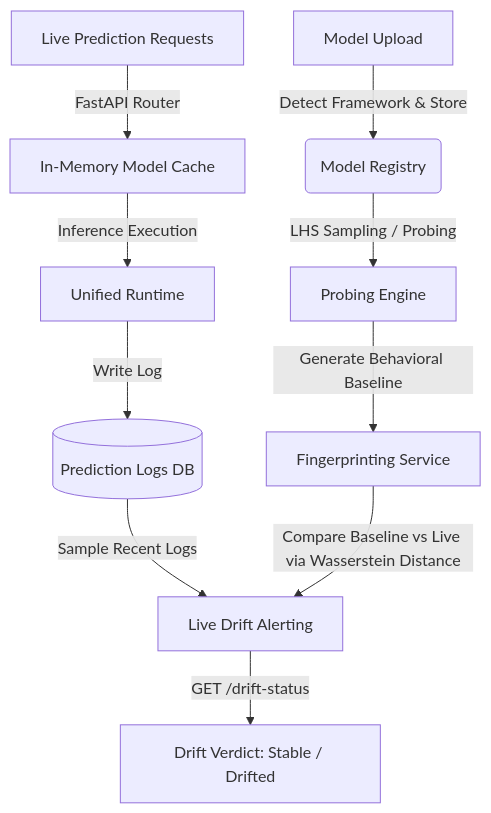
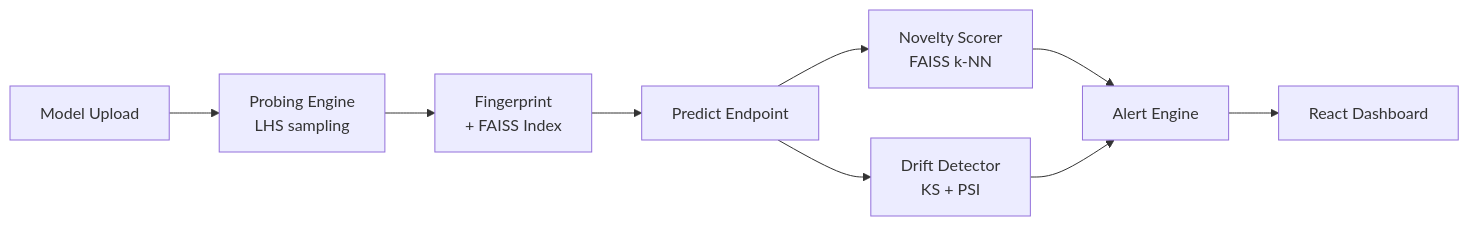
One commit to VaishnaviRai287/behavioral-model-observability-platform changed the diagram in README.md. Above: the diagram before and after it, drawn with Mermaid. The commit also changed other lines of this file and 59 other files, not shown here.

````diff
--- a/README.md
+++ b/README.md
@@ -10,14 +29,11 @@
 ```mermaid
-graph TD
-    A[Model Upload] -->|Detect Framework & Store| B(Model Registry)
-    B -->|LHS Sampling / Probing| C[Probing Engine]
-    C -->|Generate Behavioral Baseline| D[Fingerprinting Service]
-    
-    E[Live Prediction Requests] -->|FastAPI Router| F[In-Memory Model Cache]
-    F -->|Inference Execution| G[Unified Runtime]
-    G -->|Write Log| H[(Prediction Logs DB)]
-    
-    H -->|Sample Recent Logs| I[Live Drift Alerting]
-    D -->|Compare Baseline vs Live via Wasserstein Distance| I
-    I -->|GET /drift-status| J[Drift Verdict: Stable / Drifted]
+flowchart LR
+    A[Model Upload] --> B[Probing Engine\nLHS sampling]
+    B --> C[Fingerprint\n+ FAISS Index]
+    C --> D[Predict Endpoint]
+    D --> E[Novelty Scorer\nFAISS k-NN]
+    D --> F[Drift Detector\nKS + PSI]
+    E --> G[Alert Engine]
+    F --> G
+    G --> H[React Dashboard]
 ```
````
